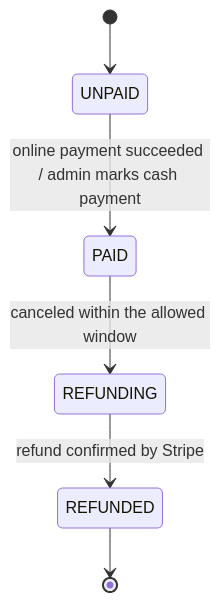
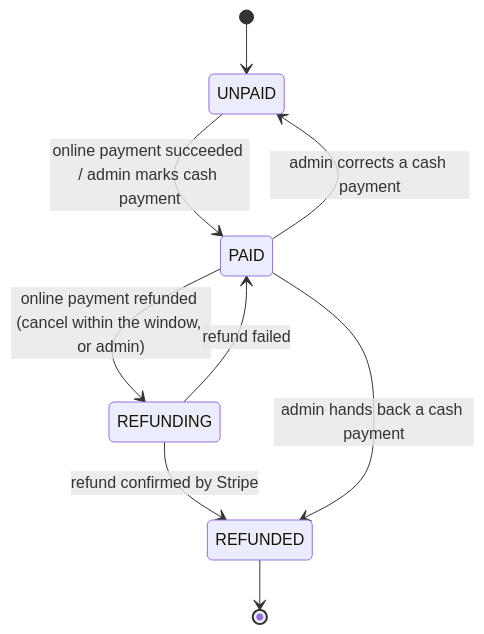
One commit to 33Cerberus/chairtime changed the third of 5 diagrams in docs/data-model.md. Above: the diagram before and after it, drawn with Mermaid. The commit also changed other lines of this file and 95 other files, not shown here.

````diff
--- a/docs/data-model.md
+++ b/docs/data-model.md
@@ -203,8 +260,11 @@
 ```mermaid
 stateDiagram-v2
     [*] --> UNPAID
     UNPAID --> PAID : online payment succeeded / admin marks cash payment
-    PAID --> REFUNDING : canceled within the allowed window
+    PAID --> UNPAID : admin corrects a cash payment
+    PAID --> REFUNDING : online payment refunded (cancel within the window, or admin)
     REFUNDING --> REFUNDED : refund confirmed by Stripe
+    REFUNDING --> PAID : refund failed
+    PAID --> REFUNDED : admin hands back a cash payment
     REFUNDED --> [*]
 ```
````
